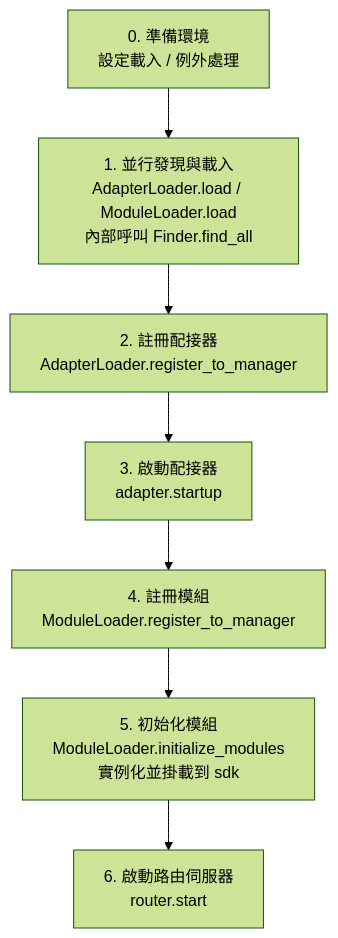
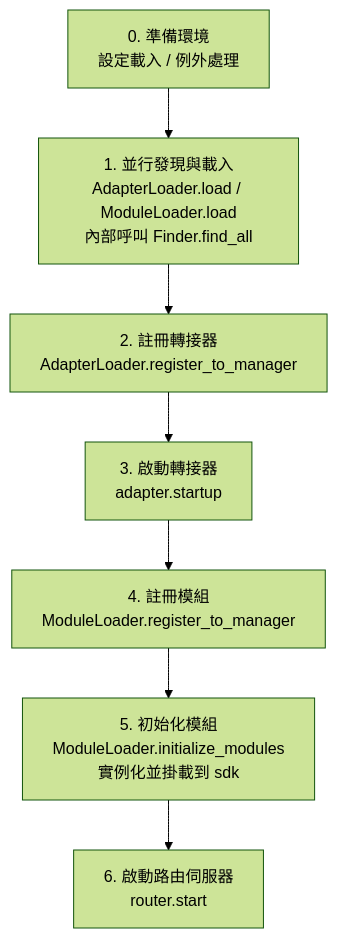
One commit to ErisPulse/ErisPulse changed the diagram in docs/zh-TW/advanced/startup.md. Above: the diagram before and after it, drawn with Mermaid (forest theme). The commit also changed other lines of this file and 194 other files, not shown here.

````diff
--- a/docs/zh-TW/advanced/startup.md
+++ b/docs/zh-TW/advanced/startup.md
@@ -31,10 +31,10 @@
 ```mermaid
 flowchart TD
     A[0. 準備環境<br/>設定載入 / 例外處理] --> B
     B[1. 並行發現與載入<br/>AdapterLoader.load / ModuleLoader.load<br/>內部呼叫 Finder.find_all] --> C
-    C[2. 註冊配接器<br/>AdapterLoader.register_to_manager] --> D
-    D[3. 啟動配接器<br/>adapter.startup] --> E
+    C[2. 註冊轉接器<br/>AdapterLoader.register_to_manager] --> D
+    D[3. 啟動轉接器<br/>adapter.startup] --> E
     E[4. 註冊模組<br/>ModuleLoader.register_to_manager] --> F
     F[5. 初始化模組<br/>ModuleLoader.initialize_modules<br/>實例化並掛載到 sdk] --> G
     G[6. 啟動路由伺服器<br/>router.start]
 ```
````
